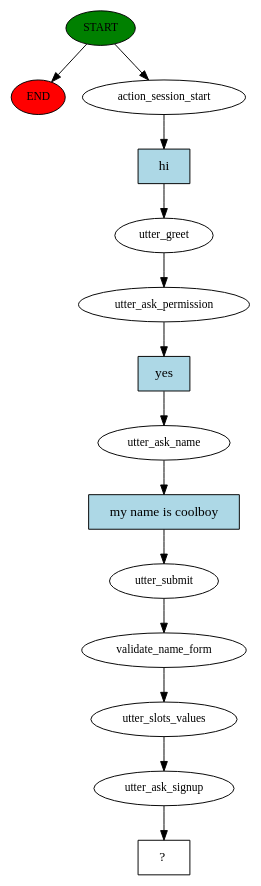
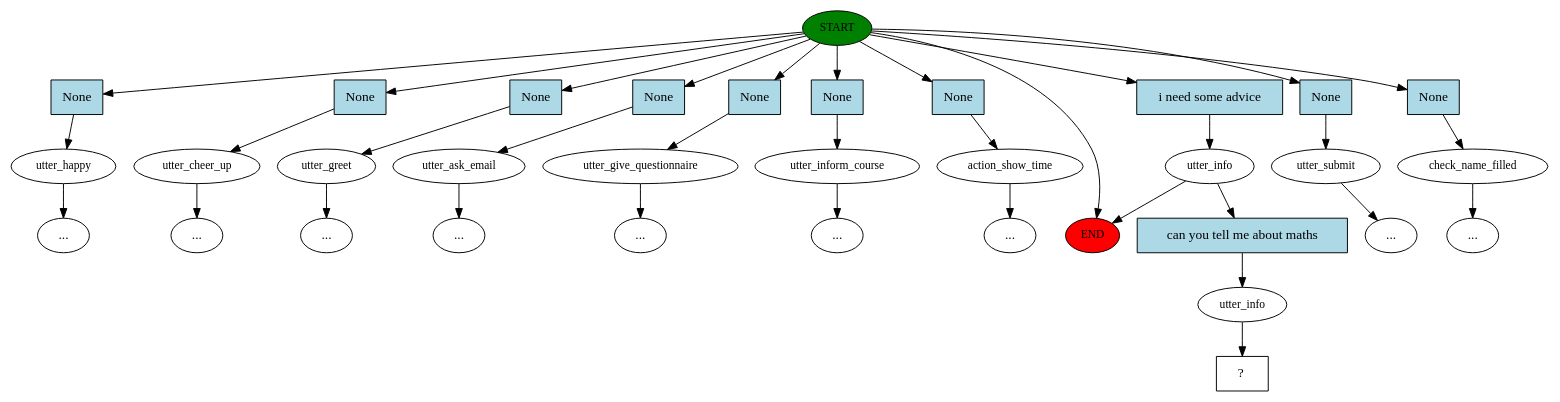
The diagram in story_graph.dot (bg5fxp-JF/rasa_project_OIbot), drawn with Graphviz before and after one commit. The commit also changed 9 other files, not shown here.

```diff
--- a/story_graph.dot
+++ b/story_graph.dot
@@ -1,29 +1,70 @@
 digraph  {
 0 [class="start active", fillcolor=green, fontsize=12, label=START, style=filled];
 "-1" [class=end, fillcolor=red, fontsize=12, label=END, style=filled];
-1 [class=active, fontsize=12, label=action_session_start];
-2 [class=active, fontsize=12, label=utter_greet];
-3 [class=active, fontsize=12, label=utter_ask_permission];
-4 [class=active, fontsize=12, label=utter_ask_name];
-5 [class=active, fontsize=12, label=utter_submit];
-6 [class=active, fontsize=12, label=validate_name_form];
-7 [class=active, fontsize=12, label=utter_slots_values];
-8 [class=active, fontsize=12, label=utter_ask_signup];
-9 [class="intent dashed active", label="  ?  ", shape=rect];
-10 [class="intent active", fillcolor=lightblue, label=hi, shape=rect, style=filled];
-11 [class="intent active", fillcolor=lightblue, label=yes, shape=rect, style=filled];
-12 [class="intent active", fillcolor=lightblue, label="my name is coolboy", shape=rect, style=filled];
+1 [class="", fontsize=12, label=utter_happy];
+"-3" [class=ellipsis, label="..."];
+2 [class="", fontsize=12, label=utter_cheer_up];
+"-5" [class=ellipsis, label="..."];
+4 [class="", fontsize=12, label=utter_greet];
+6 [class="", fontsize=12, label=utter_ask_email];
+"-8" [class=ellipsis, label="..."];
+8 [class="", fontsize=12, label=utter_give_questionnaire];
+"-13" [class=ellipsis, label="..."];
+12 [class="", fontsize=12, label=utter_inform_course];
+"-14" [class=ellipsis, label="..."];
+15 [class="", fontsize=12, label=action_show_time];
+"-17" [class=ellipsis, label="..."];
+17 [class="", fontsize=12, label=utter_submit];
+"-19" [class=ellipsis, label="..."];
+19 [class="", fontsize=12, label=check_name_filled];
+"-22" [class=ellipsis, label="..."];
+"-23" [class=ellipsis, label="..."];
+22 [class=active, fontsize=12, label=utter_info];
+24 [class=active, fontsize=12, label=utter_info];
+25 [class="intent dashed active", label="  ?  ", shape=rect];
+26 [class=intent, fillcolor=lightblue, label=None, shape=rect, style=filled];
+27 [class=intent, fillcolor=lightblue, label=None, shape=rect, style=filled];
+28 [class=intent, fillcolor=lightblue, label=None, shape=rect, style=filled];
+29 [class=intent, fillcolor=lightblue, label=None, shape=rect, style=filled];
+30 [class=intent, fillcolor=lightblue, label=None, shape=rect, style=filled];
+31 [class=intent, fillcolor=lightblue, label=None, shape=rect, style=filled];
+32 [class=intent, fillcolor=lightblue, label=None, shape=rect, style=filled];
+33 [class=intent, fillcolor=lightblue, label=None, shape=rect, style=filled];
+34 [class=intent, fillcolor=lightblue, label=None, shape=rect, style=filled];
+35 [class="intent active", fillcolor=lightblue, label="i need some advice", shape=rect, style=filled];
+36 [class="intent active", fillcolor=lightblue, label="can you tell me about maths", shape=rect, style=filled];
 0 -> "-1"  [class="", key=NONE, label=""];
-0 -> 1  [class=active, key=NONE, label=""];
-1 -> 10  [class=active, key=0];
-2 -> 3  [class=active, key=NONE, label=""];
-3 -> 11  [class=active, key=0];
-4 -> 12  [class=active, key=0];
-5 -> 6  [class=active, key=NONE, label=""];
-6 -> 7  [class=active, key=NONE, label=""];
-7 -> 8  [class=active, key=NONE, label=""];
-8 -> 9  [class=active, key=NONE, label=""];
-10 -> 2  [class=active, key=0];
-11 -> 4  [class=active, key=0];
-12 -> 5  [class=active, key=0];
+0 -> 26  [class="", key=0];
+0 -> 27  [class="", key=0];
+0 -> 28  [class="", key=0];
+0 -> 29  [class="", key=0];
+0 -> 30  [class="", key=0];
+0 -> 31  [class="", key=0];
+0 -> 32  [class="", key=0];
+0 -> 33  [class="", key=0];
+0 -> 34  [class="", key=0];
+0 -> 35  [class=active, key=0];
+1 -> "-3"  [class="", key=NONE, label=""];
+2 -> "-5"  [class="", key=NONE, label=""];
+4 -> "-22"  [class="", key=NONE, label=""];
+6 -> "-8"  [class="", key=NONE, label=""];
+8 -> "-13"  [class="", key=NONE, label=""];
+12 -> "-14"  [class="", key=NONE, label=""];
+15 -> "-17"  [class="", key=NONE, label=""];
+17 -> "-19"  [class="", key=NONE, label=""];
+19 -> "-23"  [class="", key=NONE, label=""];
+22 -> "-1"  [class="", key=NONE, label=""];
+22 -> 36  [class=active, key=0];
+24 -> 25  [class=active, key=NONE, label=""];
+26 -> 1  [class="", key=0];
+27 -> 2  [class="", key=0];
+28 -> 4  [class="", key=0];
+29 -> 6  [class="", key=0];
+30 -> 8  [class="", key=0];
+31 -> 12  [class="", key=0];
+32 -> 15  [class="", key=0];
+33 -> 17  [class="", key=0];
+34 -> 19  [class="", key=0];
+35 -> 22  [class=active, key=0];
+36 -> 24  [class=active, key=0];
 }
```
